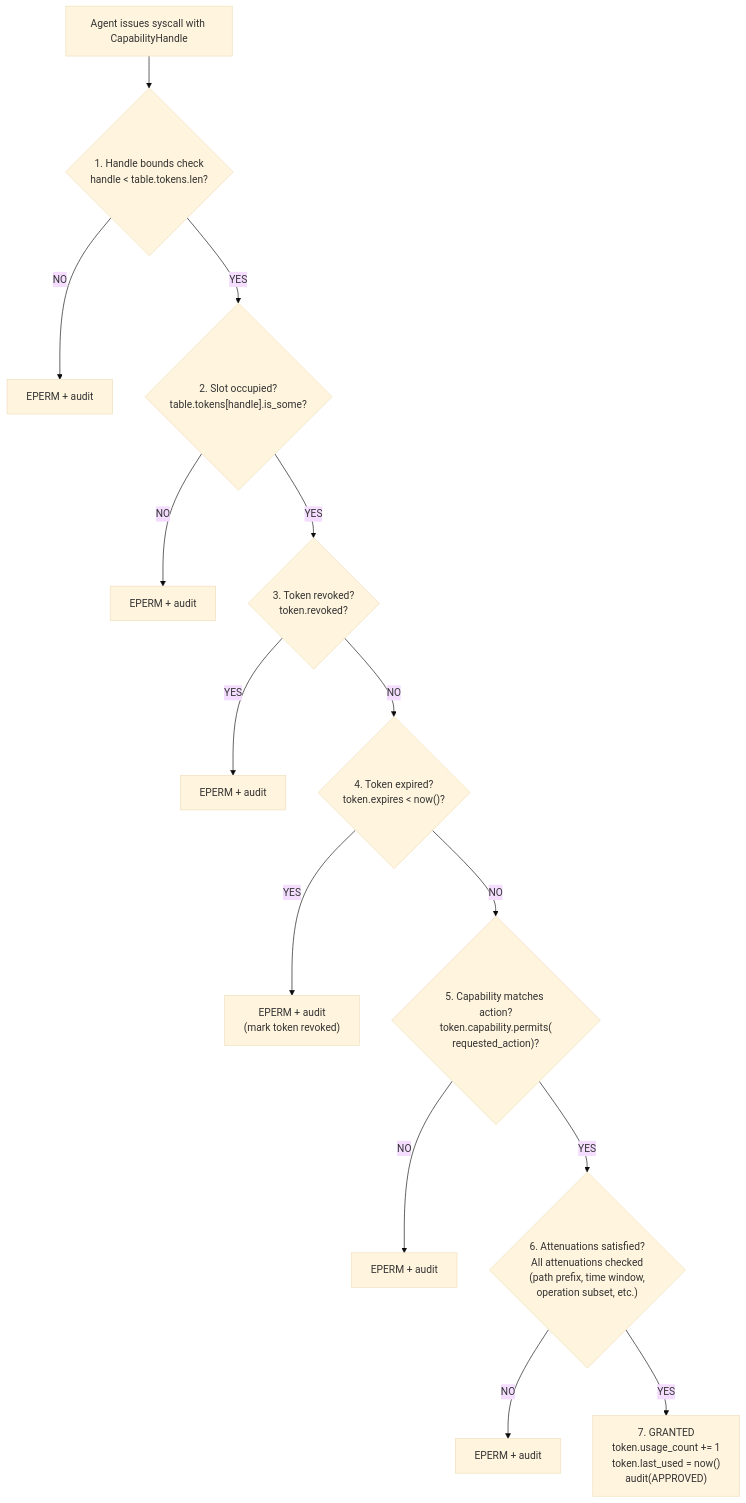
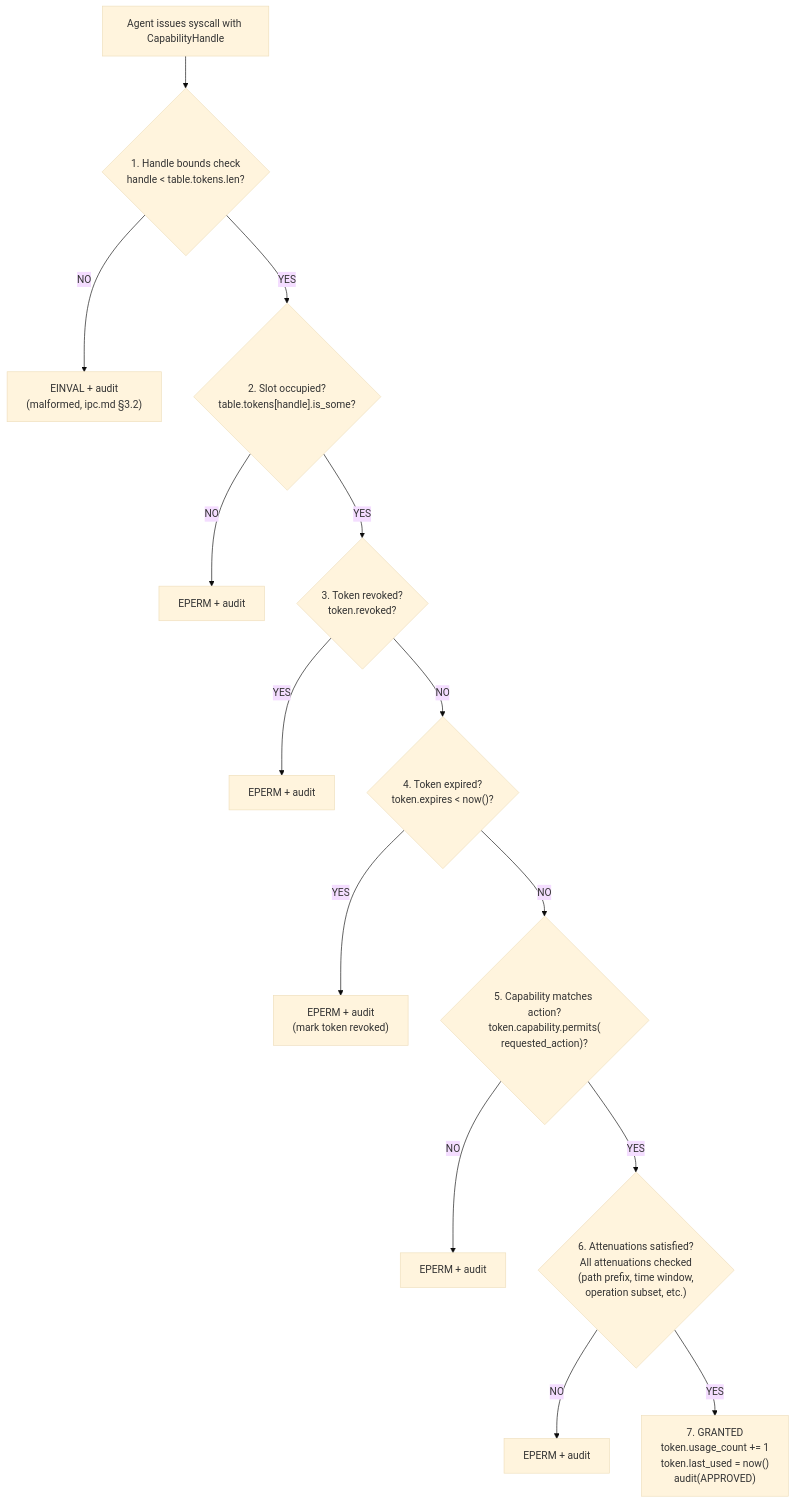
Before and after one commit to juslee/aios: the second of 5 diagrams in docs/security/model/layers.md, drawn with Mermaid (base theme). The commit also changed other lines of this file and 31 other files, not shown here.

````diff
--- a/docs/security/model/layers.md
+++ b/docs/security/model/layers.md
@@ -180,16 +181,16 @@
 ```mermaid
 flowchart TD
     A["Agent issues syscall with CapabilityHandle"] --> B{"1. Handle bounds check\nhandle < table.tokens.len?"}
-    B -- NO --> B_deny["EPERM + audit"]
+    B -- NO --> B_deny["EINVAL + audit\n(malformed, ipc.md §3.2)"]
     B -- YES --> C{"2. Slot occupied?\ntable.tokens[handle].is_some?"}
     C -- NO --> C_deny["EPERM + audit"]
     C -- YES --> D{"3. Token revoked?\ntoken.revoked?"}
     D -- YES --> D_deny["EPERM + audit"]
     D -- NO --> E{"4. Token expired?\ntoken.expires < now()?"}
     E -- YES --> E_deny["EPERM + audit\n(mark token revoked)"]
     E -- NO --> F{"5. Capability matches action?\ntoken.capability.permits(\nrequested_action)?"}
     F -- NO --> F_deny["EPERM + audit"]
     F -- YES --> G{"6. Attenuations satisfied?\nAll attenuations checked\n(path prefix, time window,\noperation subset, etc.)"}
     G -- NO --> G_deny["EPERM + audit"]
     G -- YES --> H["7. GRANTED\ntoken.usage_count += 1\ntoken.last_used = now()\naudit(APPROVED)"]
 ```
````
